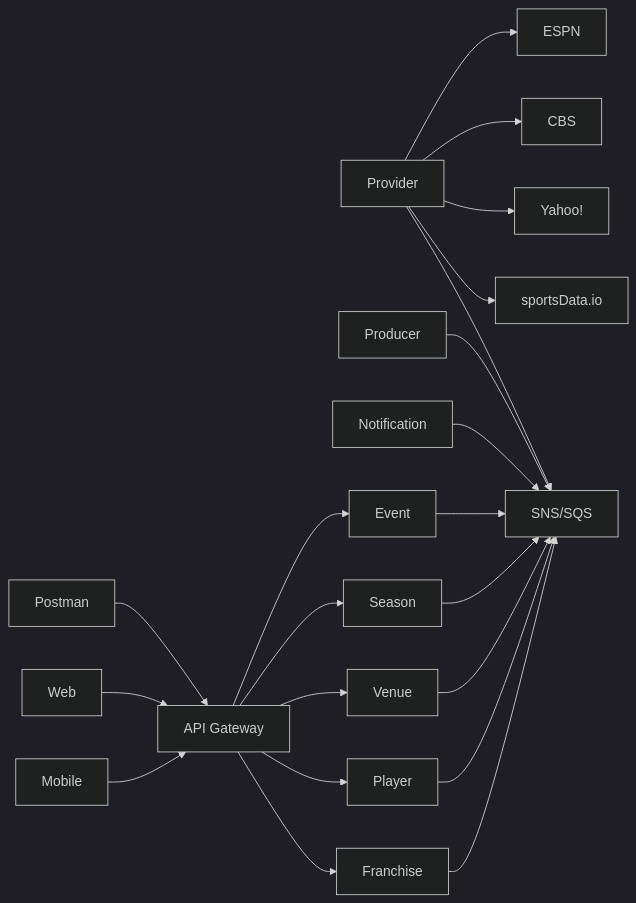
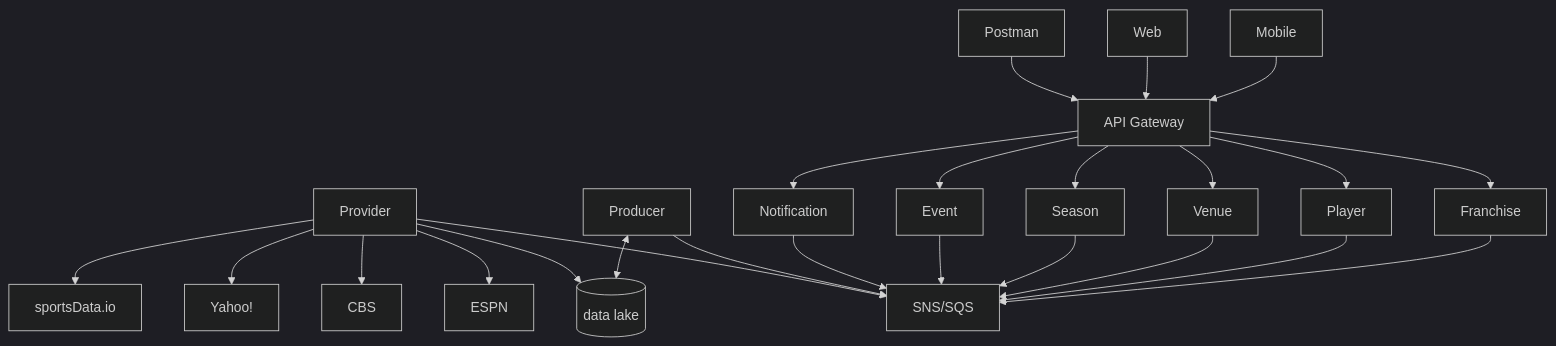
Before and after one commit to jrandallsexton/sports-data-core: the diagram in README.md, drawn with Mermaid (dark theme).

Commit message:
Update README.md
additions to Mermaid and change of orientation

````diff
--- a/README.md
+++ b/README.md
@@ -22,36 +22,40 @@
 ```mermaid
-flowchart LR
+flowchart TD
     PV[Provider]
+    DL[(data lake)]
+    PV --> DL
     PD[Producer]
+    PD <--> DL
     M[SNS/SQS]
     N[Notification]
     E[Event]
     S[Season]
     V[Venue]
     PL[Player]
     FR[Franchise]
     API[API Gateway]
     WCPOST[Postman]
     WCWEB[Web]
     WCMOB[Mobile]
     PV --> ESPN[ESPN]
     PV --> CBS[CBS]
     PV --> YAHOO[Yahoo!]
     PV --> SDIO[sportsData.io]
     PV --> M
     PD --> M
     N --> M
     E --> M
     S --> M
     V --> M
     PL --> M
     FR --> M
     API --> E
     API --> S
     API --> V
     API --> PL
     API --> FR
+    API --> N
     WCPOST --> API
     WCWEB --> API
     WCMOB --> API
 ```
````
